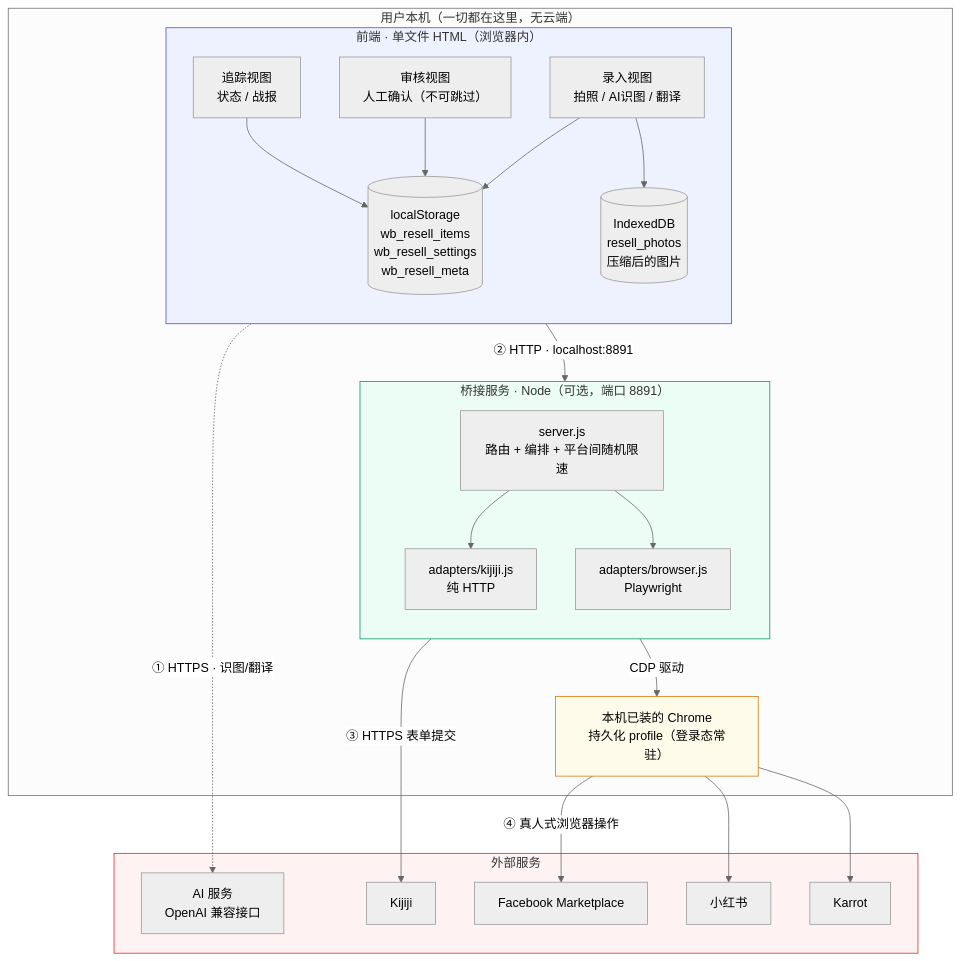
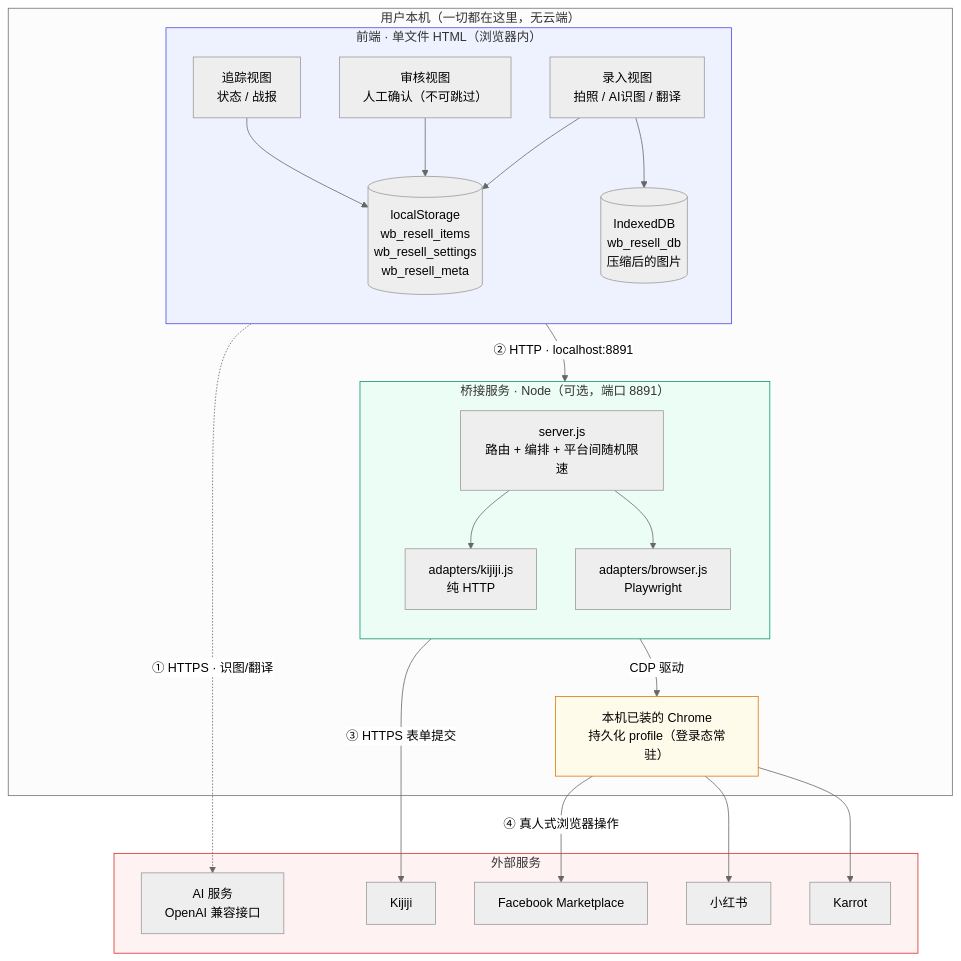
Before and after one commit to HairuoLiu/resell-workbench: the first of 3 diagrams in DEV.md, drawn with Mermaid (neutral theme). The commit also changed other lines of this file and 3 other files, not shown here.

````diff
--- a/DEV.md
+++ b/DEV.md
@@ -92,49 +92,49 @@
 ```mermaid
 graph TB
     subgraph U["用户本机（一切都在这里，无云端）"]
         subgraph FE["前端 · 单文件 HTML（浏览器内）"]
             direction TB
             V1["录入视图<br/>拍照 / AI识图 / 翻译"]
             V2["审核视图<br/>人工确认（不可跳过）"]
             V3["追踪视图<br/>状态 / 战报"]
             ST[("localStorage<br/>wb_resell_items<br/>wb_resell_settings<br/>wb_resell_meta")]
-            IDB[("IndexedDB<br/>resell_photos<br/>压缩后的图片")]
+            IDB[("IndexedDB<br/>wb_resell_db<br/>压缩后的图片")]
             V1 --> ST
             V2 --> ST
             V3 --> ST
             V1 --> IDB
         end
 
         subgraph BR["桥接服务 · Node（可选，端口 8891）"]
             direction TB
             SRV["server.js<br/>路由 + 编排 + 平台间随机限速"]
             AK["adapters/kijiji.js<br/>纯 HTTP"]
             AB["adapters/browser.js<br/>Playwright"]
             SRV --> AK
             SRV --> AB
         end
 
         CHR["本机已装的 Chrome<br/>持久化 profile（登录态常驻）"]
         AB -->|CDP 驱动| CHR
     end
 
     subgraph EXT["外部服务"]
         AI["AI 服务<br/>OpenAI 兼容接口"]
         P1["Kijiji"]
         P2["Facebook Marketplace"]
         P3["小红书"]
         P4["Karrot"]
     end
 
     V1 -.->|"① HTTPS · 识图/翻译"| AI
     FE -->|"② HTTP · localhost:8891"| SRV
     AK -->|"③ HTTPS 表单提交"| P1
     CHR -->|"④ 真人式浏览器操作"| P2
     CHR --> P3
     CHR --> P4
 
     style FE fill:#eef2ff,stroke:#4f46e5
     style BR fill:#ecfdf5,stroke:#059669
     style EXT fill:#fef3f2,stroke:#dc2626
     style CHR fill:#fffbeb,stroke:#d97706
 ```
````
